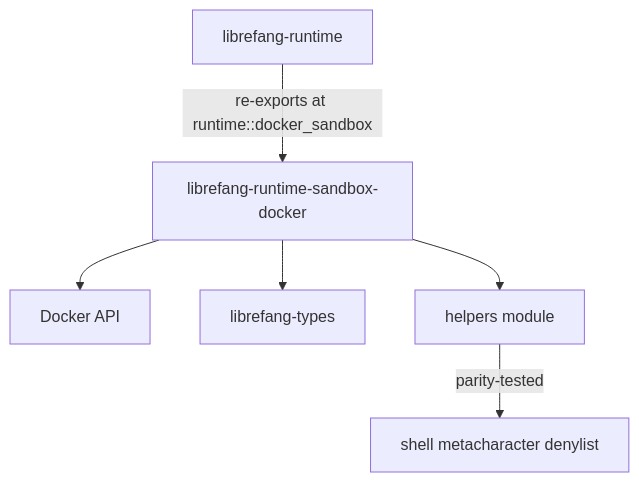
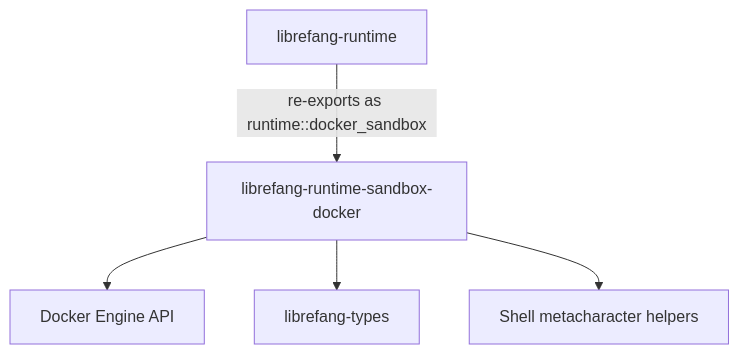
Before and after one commit to leszek3737/librefang-WIki: the diagram in other-librefang-runtime-sandbox-docker.md, drawn with Mermaid. The commit also changed other lines of this file and 128 other files, not shown here.

````diff
--- a/other-librefang-runtime-sandbox-docker.md
+++ b/other-librefang-runtime-sandbox-docker.md
@@ -11,8 +21,7 @@
 ```mermaid
 graph TD
-    A[librefang-runtime] -->|"re-exports at runtime::docker_sandbox"| B[librefang-runtime-sandbox-docker]
-    B --> C[Docker API]
+    A[librefang-runtime] -->|"re-exports as runtime::docker_sandbox"| B[librefang-runtime-sandbox-docker]
+    B --> C[Docker Engine API]
     B --> D[librefang-types]
-    B --> E[helpers module]
-    E -->|"parity-tested"| F[shell metacharacter denylist]
+    B --> E["Shell metacharacter helpers"]
 ```
````
